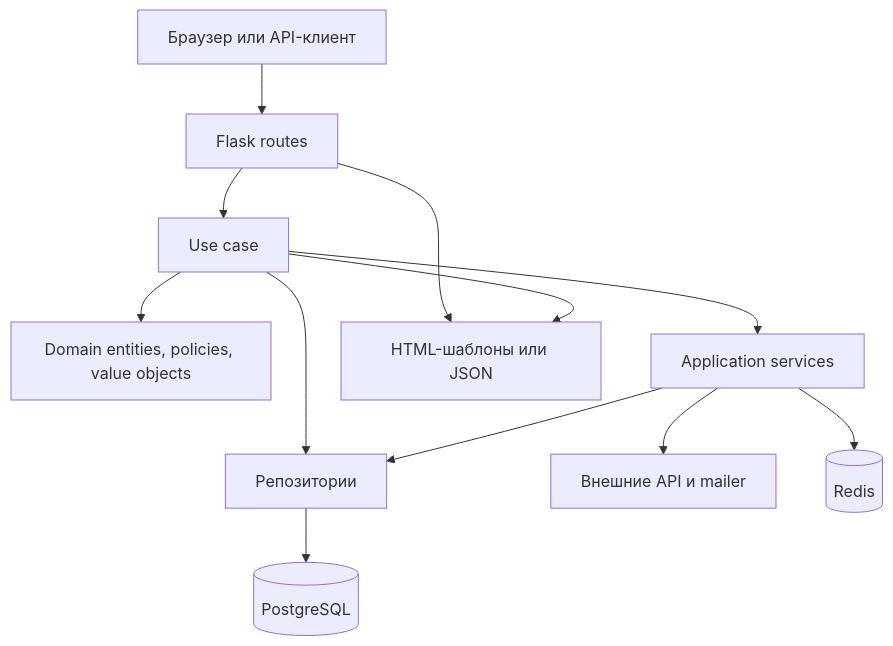
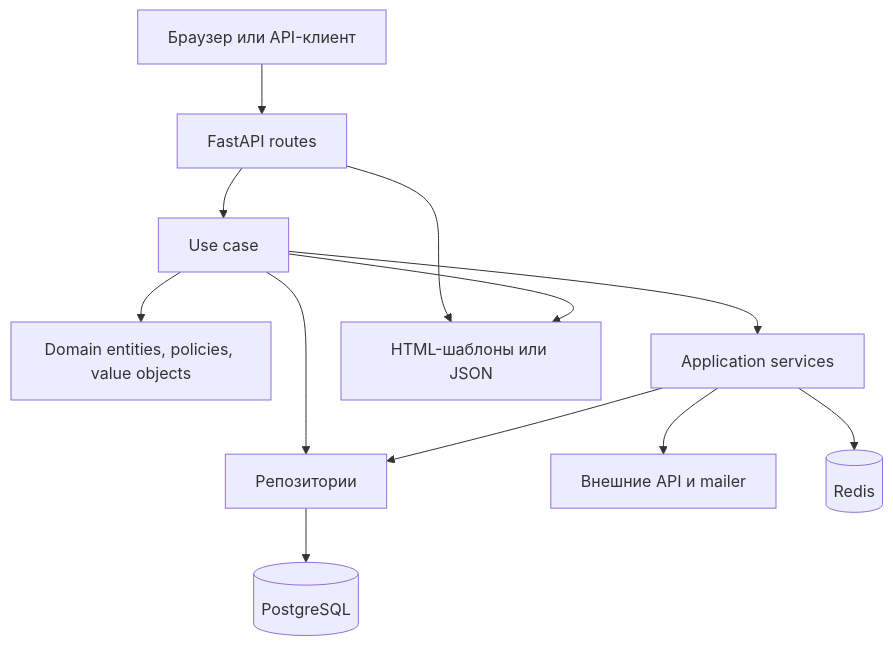
One commit to serega20112/Anime-Epic-Moments changed the first of 2 diagrams in docs/architecture/overview.md. Above: the diagram before and after it, drawn with Mermaid. The commit also changed other lines of this file and 358 other files, not shown here.

````diff
--- a/docs/architecture/overview.md
+++ b/docs/architecture/overview.md
@@ -16,25 +16,25 @@
 ```mermaid
 flowchart TB
     Browser[Браузер или API-клиент]
-    Routes[Flask routes]
+    Routes[FastAPI routes]
     UseCases[Use case]
     Domain[Domain entities, policies, value objects]
     Services[Application services]
     Repos[Репозитории]
     External[Внешние API и mailer]
     DB[(PostgreSQL)]
     Redis[(Redis)]
     Templates[HTML-шаблоны или JSON]
 
     Browser --> Routes
     Routes --> UseCases
     UseCases --> Domain
     UseCases --> Services
     UseCases --> Repos
     Services --> Repos
     Services --> External
     Repos --> DB
     Services --> Redis
     Routes --> Templates
     UseCases --> Templates
 ```
````
